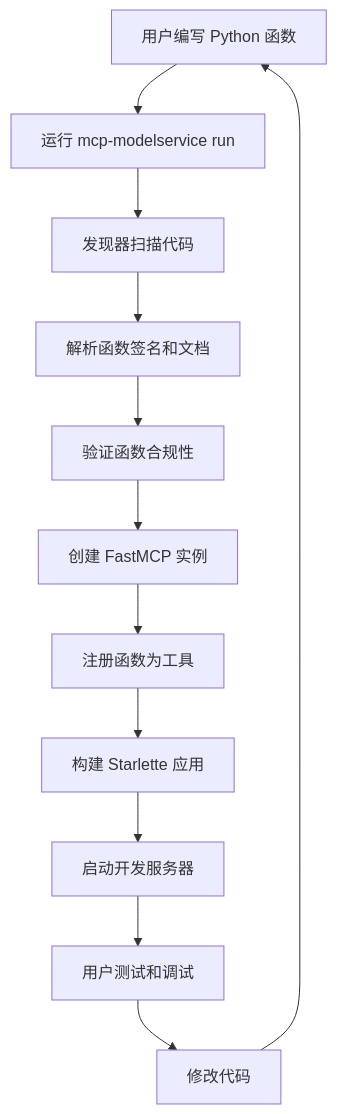
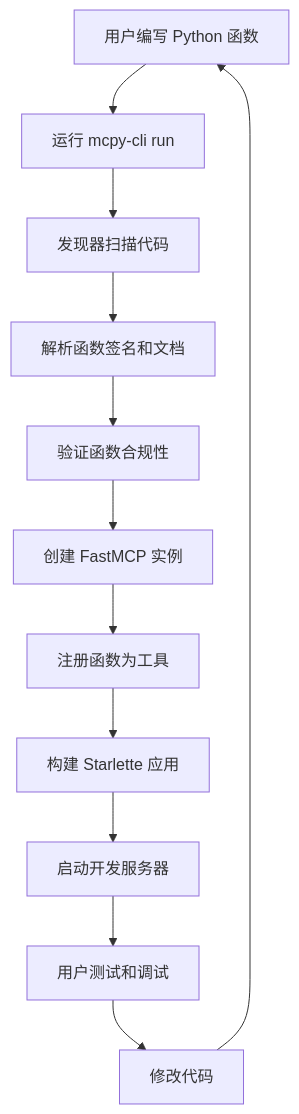
One commit to liuhaotian9420/mcp changed the first of 3 diagrams in docs/architecture.md. Above: the diagram before and after it, drawn with Mermaid. The commit also changed other lines of this file and 18 other files, not shown here.

````diff
--- a/docs/architecture.md
+++ b/docs/architecture.md
@@ -141,14 +141,14 @@
 ```mermaid
 graph TD
-    A[用户编写 Python 函数] --> B[运行 mcp-modelservice run]
+    A[用户编写 Python 函数] --> B[运行 mcpy-cli run]
     B --> C[发现器扫描代码]
     C --> D[解析函数签名和文档]
     D --> E[验证函数合规性]
     E --> F[创建 FastMCP 实例]
     F --> G[注册函数为工具]
     G --> H[构建 Starlette 应用]
     H --> I[启动开发服务器]
     I --> J[用户测试和调试]
     J --> K[修改代码]
     K --> A
 ```
````
